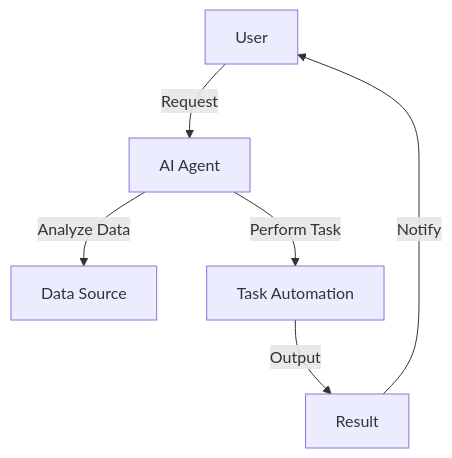
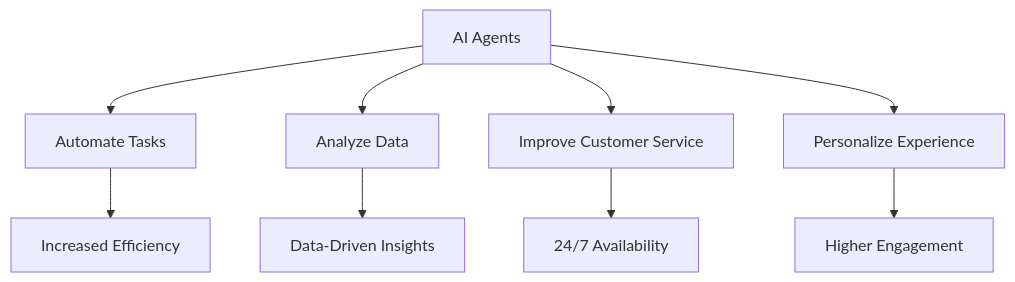
One commit to ai-tools-lab/ai-tools-lab.github.io changed the diagram in content/posts/maximizing-productivity-with-ai-agents-in-2026.md. Above: the diagram before and after it, drawn with Mermaid. The commit also changed other lines of this file and 19 other files, not shown here.

````diff
--- a/content/posts/maximizing-productivity-with-ai-agents-in-2026.md
+++ b/content/posts/maximizing-productivity-with-ai-agents-in-2026.md
@@ -113,8 +101,11 @@
 ```mermaid
 graph TD;
-    A[User] -->|Request| B[AI Agent];
-    B -->|Analyze Data| C[Data Source];
-    B -->|Perform Task| D[Task Automation];
-    D -->|Output| E[Result];
-    E -->|Notify| A;
+    A[AI Agents] --> B[Automate Tasks];
+    A --> C[Analyze Data];
+    A --> D[Improve Customer Service];
+    A --> E[Personalize Experience];
+    B --> F[Increased Efficiency];
+    C --> G[Data-Driven Insights];
+    D --> H[24/7 Availability];
+    E --> I[Higher Engagement];
 ```
````
